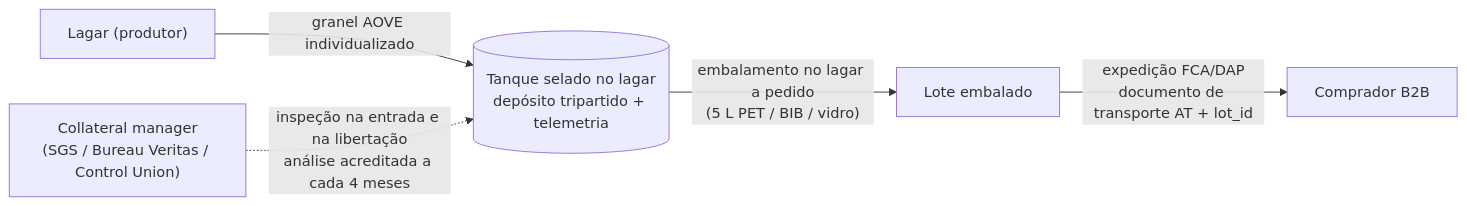
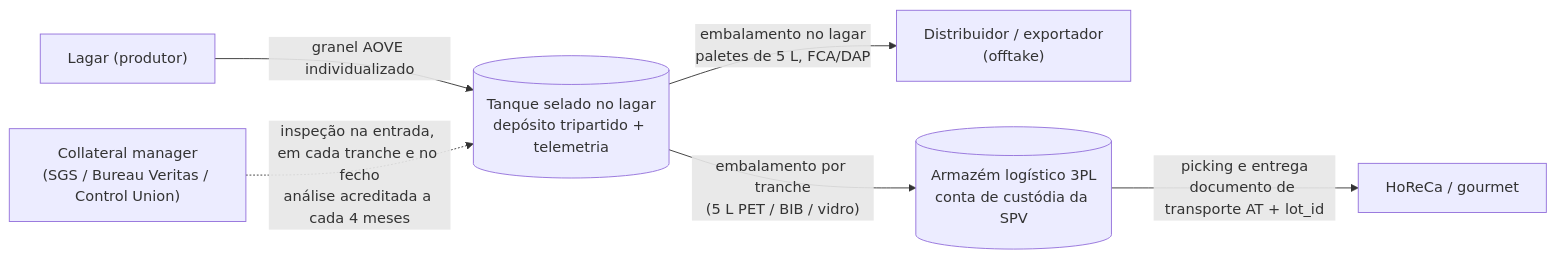
One commit to rgvduarte/Sprout changed the first of 4 diagrams in docs/research/01-desenho-do-modelo.md. Above: the diagram before and after it, drawn with Mermaid. The commit also changed other lines of this file and 31 other files, not shown here.

````diff
--- a/docs/research/01-desenho-do-modelo.md
+++ b/docs/research/01-desenho-do-modelo.md
@@ -57,7 +58,8 @@
 ```mermaid
 flowchart LR
   L["Lagar (produtor)"] -->|"granel AOVE individualizado"| T[("Tanque selado no lagar<br/>depósito tripartido + telemetria")]
-  T -->|"embalamento no lagar a pedido<br/>(5 L PET / BIB / vidro)"| E["Lote embalado"]
-  E -->|"expedição FCA/DAP<br/>documento de transporte AT + lot_id"| C["Comprador B2B"]
-  CM["Collateral manager<br/>(SGS / Bureau Veritas / Control Union)"] -.->|"inspeção na entrada e na libertação<br/>análise acreditada a cada 4 meses"| T
+  T -->|"embalamento no lagar<br/>paletes de 5 L, FCA/DAP"| D["Distribuidor / exportador<br/>(offtake)"]
+  T -->|"embalamento por tranche<br/>(5 L PET / BIB / vidro)"| W[("Armazém logístico 3PL<br/>conta de custódia da SPV")]
+  W -->|"picking e entrega<br/>documento de transporte AT + lot_id"| C["HoReCa / gourmet"]
+  CM["Collateral manager<br/>(SGS / Bureau Veritas / Control Union)"] -.->|"inspeção na entrada, em cada tranche e no fecho<br/>análise acreditada a cada 4 meses"| T
 ```
````
